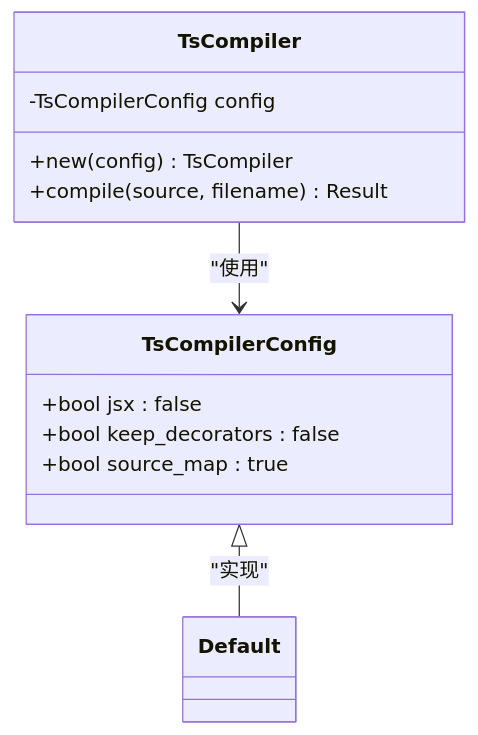
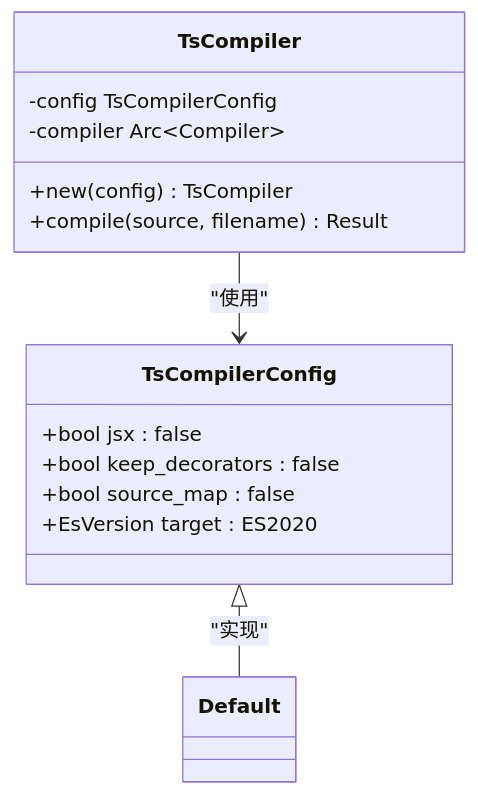
One commit to itszzl-sudo/iris changed the tenth of 15 diagrams in .qoder/repowiki/zh/content/技术架构详解/即时转译系统/SFC编译器初始化机制.md. Above: the diagram before and after it, drawn with Mermaid. The commit also changed other lines of this file and 6 other files, not shown here.

````diff
--- a/.qoder/repowiki/zh/content/技术架构详解/即时转译系统/SFC编译器初始化机制.md
+++ b/.qoder/repowiki/zh/content/技术架构详解/即时转译系统/SFC编译器初始化机制.md
@@ -318,15 +379,17 @@
 ```mermaid
 classDiagram
 class TsCompilerConfig {
 +bool jsx : false
 +bool keep_decorators : false
-+bool source_map : true
++bool source_map : false
++EsVersion target : ES2020
 }
 class TsCompiler {
--TsCompilerConfig config
+-config TsCompilerConfig
+-compiler Arc~Compiler~
 +new(config) TsCompiler
 +compile(source, filename) Result
 }
 TsCompilerConfig <|-- Default : "实现"
 TsCompiler --> TsCompilerConfig : "使用"
 ```
````
